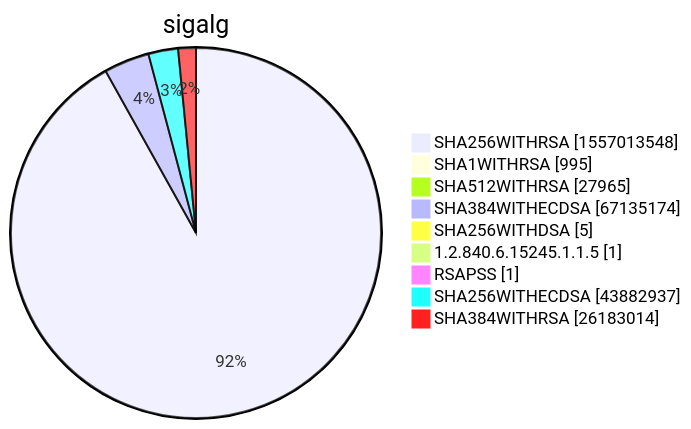
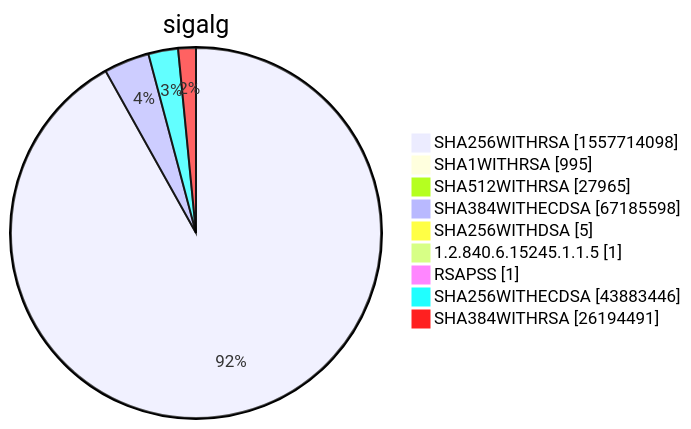
Diagram 15 of 15 in xenon2022/README.md (christiankrug/ctmonitor_visualization), drawn with Mermaid before and after one commit. The commit also changed other lines of this file, not shown here.

````diff
--- a/xenon2022/README.md
+++ b/xenon2022/README.md
@@ -5867,13 +5867,13 @@
 ```mermaid
 pie showData
 title sigalg
-"SHA256WITHRSA" :1557013548
+"SHA256WITHRSA" :1557714098
 "SHA1WITHRSA" :995
 "SHA512WITHRSA" :27965
-"SHA384WITHECDSA" :67135174
+"SHA384WITHECDSA" :67185598
 "SHA256WITHDSA" :5
 "1.2.840.6.15245.1.1.5" :1
 "RSAPSS" :1
-"SHA256WITHECDSA" :43882937
-"SHA384WITHRSA" :26183014
+"SHA256WITHECDSA" :43883446
+"SHA384WITHRSA" :26194491
 ```
````
